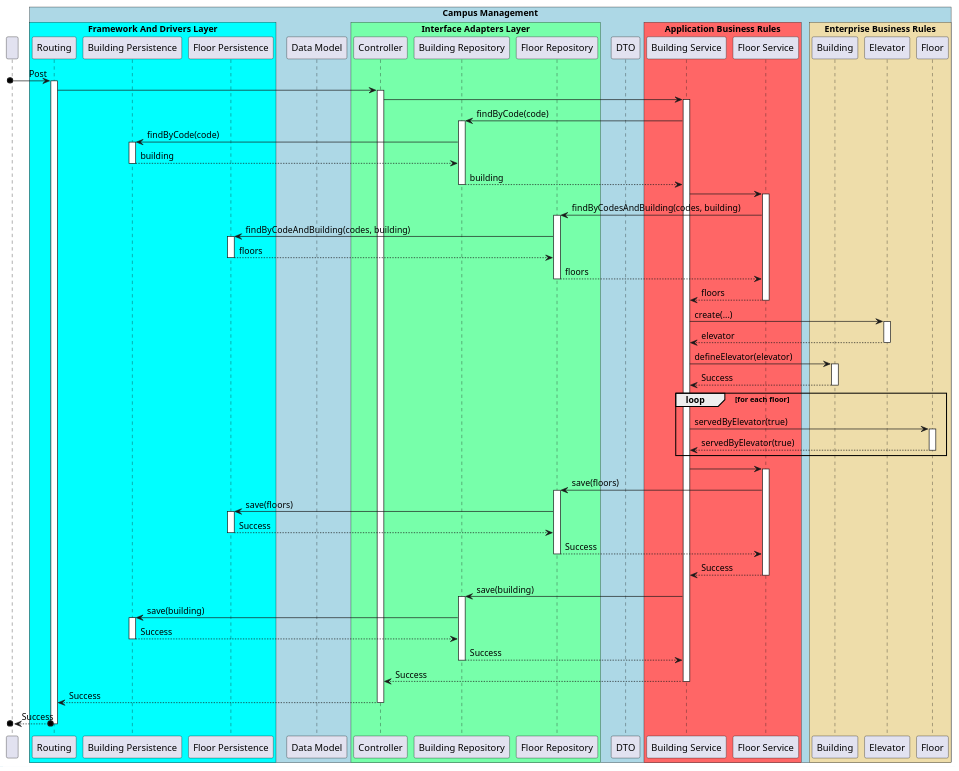
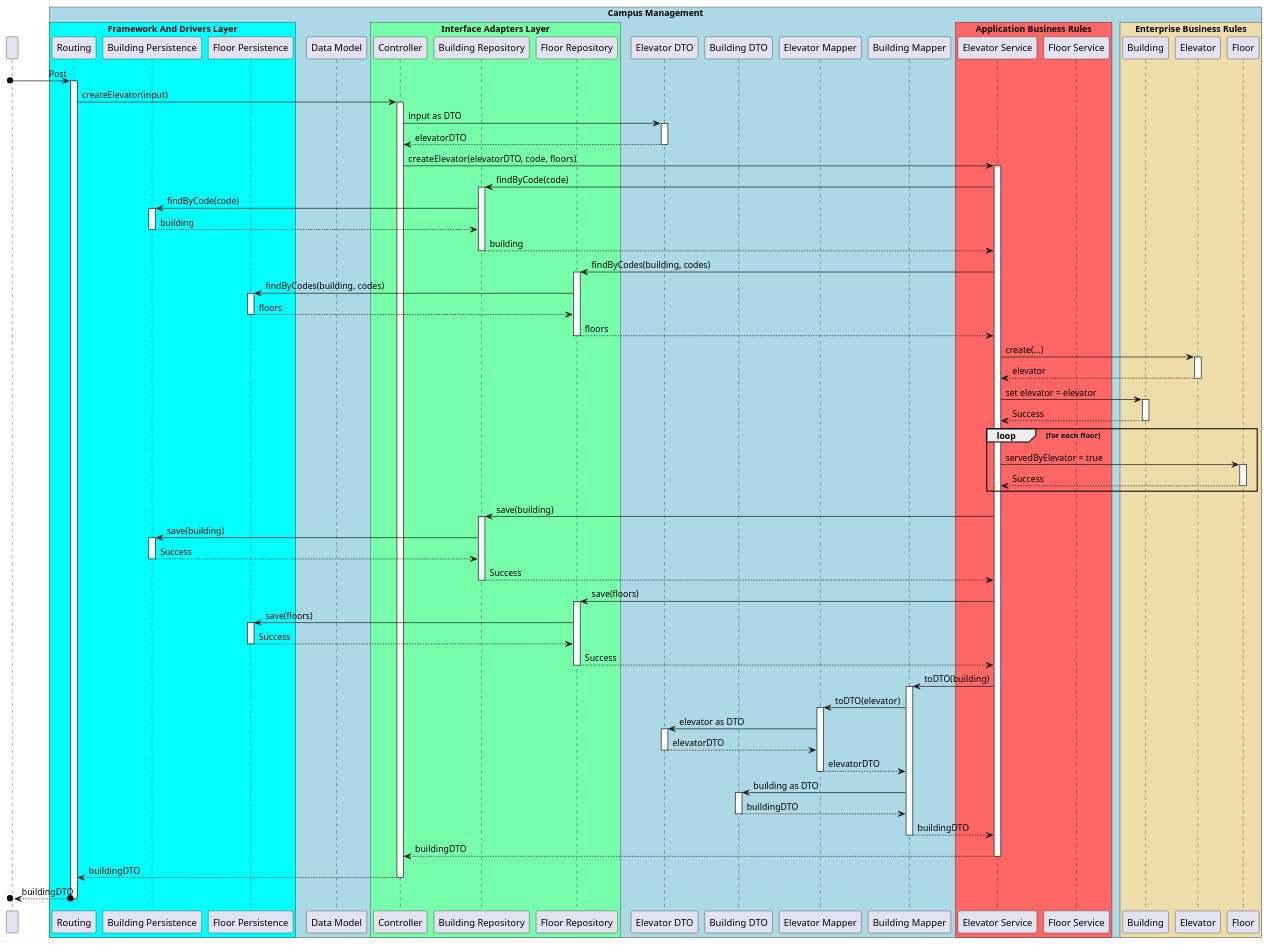
One commit to winqus/RobDroneGo changed the diagram in docs/US/ID-270/SD lv3.puml. Above: the diagram before and after it, drawn with PlantUML. The commit also changed 3 other files, not shown here.

```diff
--- a/docs/US/ID-270/SD lv3.puml
+++ b/docs/US/ID-270/SD lv3.puml
@@ -1,132 +1,155 @@
 @startuml SD Lv3
 
 !pragma teoz true
 
 participant " "
 box "Campus Management" #LightBlue
 
     box "Framework And Drivers Layer" #00ffff
         participant Routing
         participant "Building Persistence" as Persistence
         participant "Floor Persistence" as FloorPers
     end box
 
     participant "Data Model" as Data
     box "Interface Adapters Layer" #77ffaa
         participant Controller
         participant "Building Repository" as Repository
         participant "Floor Repository" as FloorRepo
     end box
 
-    participant DTO
+    participant "Elevator DTO" as DTO
+    participant "Building DTO" as BuildingDTO
+    participant "Elevator Mapper" as Mapper
+    participant "Building Mapper" as BuildingMapper
     box "Application Business Rules" #ff6666
-        participant "Building Service" as BuildingS
+        participant "Elevator Service" as ElevatorService
         participant "Floor Service" as FloorS
     end box
 
     box "Enterprise Business Rules" #eeddaa
         participant Building
         participant Elevator
         participant Floor
     end box
 end box
 
 
 [o-> Routing : Post
 activate Routing
 
-    Routing -> Controller : 
+    Routing -> Controller : createElevator(input)
     activate Controller
 
-        Controller -> BuildingS :
-        activate BuildingS
+        Controller -> DTO : input as DTO
+        activate DTO
+
+        DTO --> Controller : elevatorDTO
+        deactivate DTO
+
+        Controller -> ElevatorService : createElevator(elevatorDTO, code, floors)
+        activate ElevatorService
         
-            BuildingS -> Repository : findByCode(code)
+            ElevatorService -> Repository : findByCode(code)
             activate Repository
 
                 Repository -> Persistence : findByCode(code)
                 activate Persistence
 
                 Persistence --> Repository : building
                 deactivate Persistence
 
-            Repository --> BuildingS : building
+            Repository --> ElevatorService : building
             deactivate Repository
-            
-            BuildingS -> FloorS
-            activate FloorS
 
-                FloorS -> FloorRepo : findByCodesAndBuilding(codes, building)
-                activate FloorRepo
+            ElevatorService -> FloorRepo : findByCodes(building, codes)
+            activate FloorRepo
 
-                    FloorRepo -> FloorPers : findByCodeAndBuilding(codes, building)
-                    activate FloorPers
+                FloorRepo -> FloorPers : findByCodes(building, codes)
+                activate FloorPers
 
-                    FloorPers --> FloorRepo : floors
-                    deactivate FloorPers
+                FloorPers --> FloorRepo : floors
+                deactivate FloorPers
 
-                FloorRepo --> FloorS : floors
-                deactivate FloorRepo
+            FloorRepo --> ElevatorService : floors
+            deactivate FloorRepo
 
-            FloorS --> BuildingS : floors
-            deactivate FloorS
-
-            BuildingS -> Elevator : create(...)
+            ElevatorService -> Elevator : create(...)
             activate Elevator
 
-            Elevator --> BuildingS : elevator
+            Elevator --> ElevatorService : elevator
             deactivate Elevator
 
-            BuildingS -> Building : defineElevator(elevator)
+            ElevatorService -> Building : set elevator = elevator
             activate Building
-            Building --> BuildingS : Success
+            
+            Building --> ElevatorService : Success
             deactivate Building
 
             loop for each floor
-                BuildingS -> Floor : servedByElevator(true)
+                ElevatorService -> Floor : servedByElevator = true
                 activate Floor
-                Floor --> BuildingS : servedByElevator(true)
+                Floor --> ElevatorService : Success
                 deactivate Floor
             end
 
-            BuildingS -> FloorS
-            activate FloorS
-
-                FloorS -> FloorRepo : save(floors)
-                activate FloorRepo
-
-                    FloorRepo -> FloorPers : save(floors)
-                    activate FloorPers
-
-                    FloorPers --> FloorRepo : Success
-                    deactivate FloorPers
-
-                FloorRepo --> FloorS : Success
-                deactivate FloorRepo
-
-            FloorS --> BuildingS : Success
-            deactivate FloorS
-
-            BuildingS -> Repository : save(building)
+            ElevatorService -> Repository : save(building)
             activate Repository
 
                 Repository -> Persistence : save(building)
                 activate Persistence
 
                 Persistence --> Repository : Success
                 deactivate Persistence
 
-            Repository --> BuildingS : Success
+            Repository --> ElevatorService : Success
             deactivate Repository
 
-        BuildingS --> Controller : Success
-        deactivate BuildingS
+            ElevatorService -> FloorRepo : save(floors)
+            activate FloorRepo
 
-    Controller --> Routing : Success
+                FloorRepo -> FloorPers : save(floors)
+                activate FloorPers
+
+                FloorPers --> FloorRepo : Success
+                deactivate FloorPers
+
+            FloorRepo --> ElevatorService : Success
+            deactivate FloorRepo
+
+        ElevatorService -> BuildingMapper : toDTO(building)
+        activate BuildingMapper
+
+            BuildingMapper -> Mapper : toDTO(elevator)
+            activate Mapper
+
+                Mapper -> DTO : elevator as DTO
+                activate DTO
+
+                DTO --> Mapper: elevatorDTO
+                deactivate DTO
+
+            Mapper --> BuildingMapper : elevatorDTO
+            deactivate Mapper
+
+            
+                BuildingMapper -> BuildingDTO : building as DTO
+                activate BuildingDTO
+
+                BuildingDTO --> BuildingMapper: buildingDTO
+                deactivate BuildingDTO
+        
+        BuildingMapper --> ElevatorService : buildingDTO
+        deactivate BuildingMapper
+
+        ElevatorService --> Controller : buildingDTO
+        deactivate ElevatorService
+
+    Controller --> Routing : buildingDTO
     deactivate Controller
 
-[o<--o Routing : Success
+[o<--o Routing : buildingDTO
 deactivate Routing
 
 
 @enduml
```
